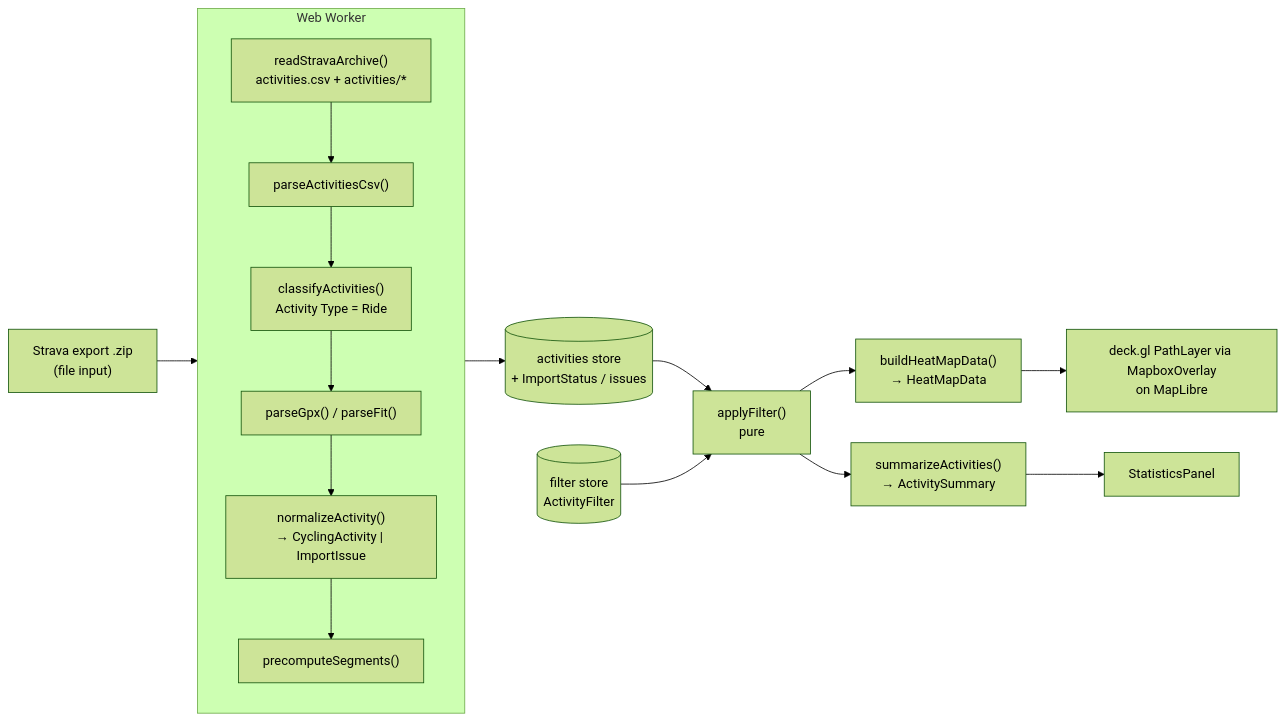
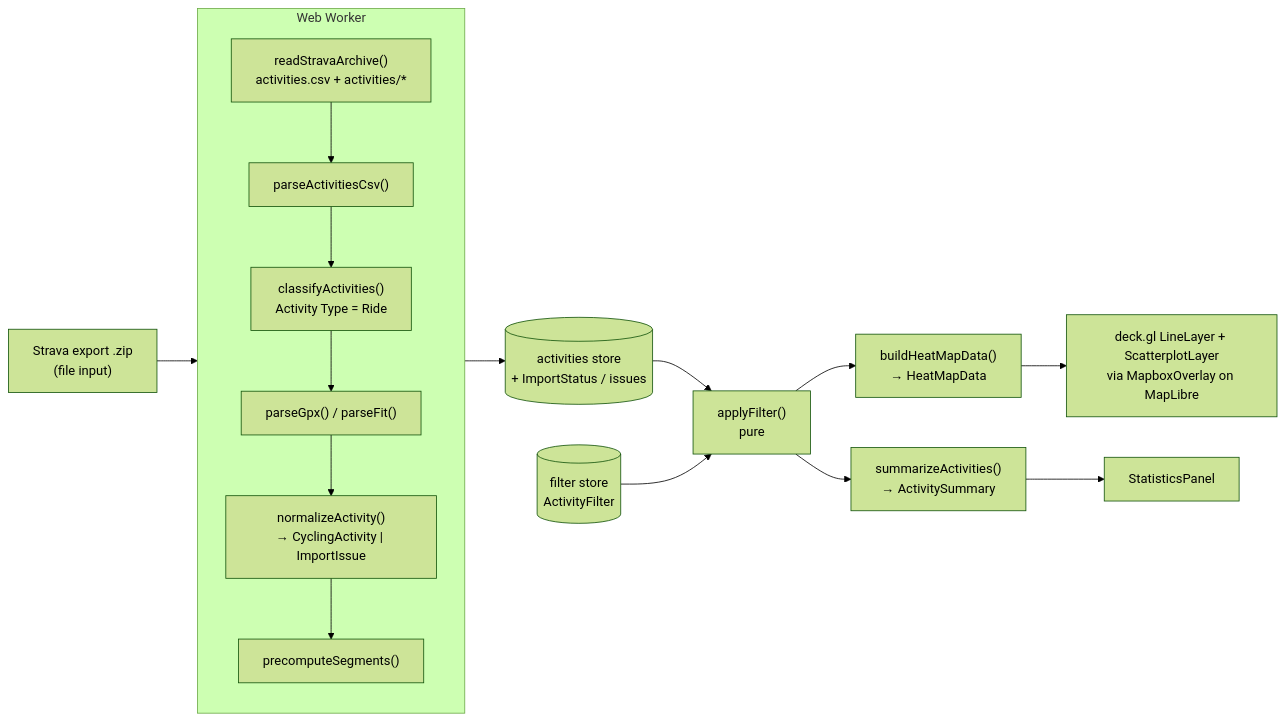
Before and after one commit to dilshandbg/pedal-paths: the second of 2 diagrams in docs/architecture.md, drawn with Mermaid (forest theme). The commit also changed 16 other files, not shown here.

````diff
--- a/docs/architecture.md
+++ b/docs/architecture.md
@@ -75,18 +75,18 @@
 ```mermaid
 flowchart LR
     Z["Strava export .zip<br/>(file input)"] --> W
     subgraph W["Web Worker"]
         R["readStravaArchive()<br/>activities.csv + activities/*"] --> C["parseActivitiesCsv()"]
         C --> K["classifyActivities()<br/>Activity Type = Ride"]
         K --> G["parseGpx() / parseFit()"]
         G --> N["normalizeActivity()<br/>→ CyclingActivity | ImportIssue"]
         N --> SEG["precomputeSegments()"]
     end
     W --> S[("activities store<br/>+ ImportStatus / issues")]
     S --> FL["applyFilter()<br/>pure"]
     FS[("filter store<br/>ActivityFilter")] --> FL
     FL --> H["buildHeatMapData()<br/>→ HeatMapData"]
     FL --> ST["summarizeActivities()<br/>→ ActivitySummary"]
-    H --> L["deck.gl PathLayer via MapboxOverlay<br/>on MapLibre"]
+    H --> L["deck.gl LineLayer + ScatterplotLayer<br/>via MapboxOverlay on MapLibre"]
     ST --> SP["StatisticsPanel"]
 ```
````
